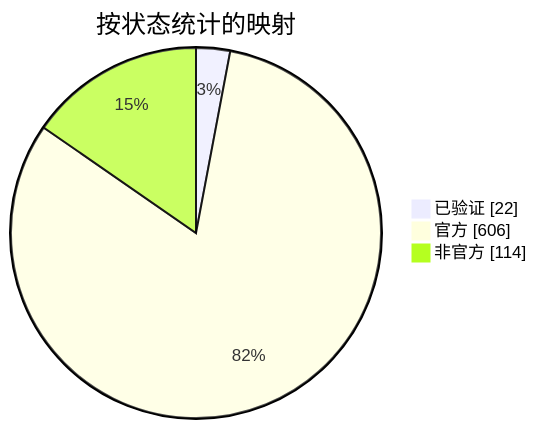
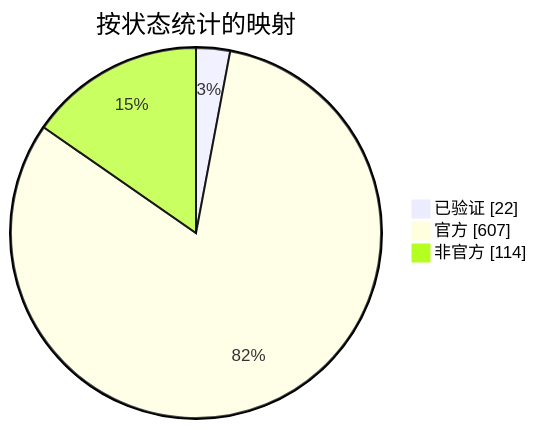
The diagram in docs/readme/README_ZHS.md (nobrega8/mbmap-library), drawn with Mermaid before and after one commit. The commit also changed 6 other files, not shown here.

Commit message:
Add the Sistemas Industriales MI-430 and EM-530 flow meter map (closes #504) (#545)

````diff
--- a/docs/readme/README_ZHS.md
+++ b/docs/readme/README_ZHS.md
@@ -54,7 +54,7 @@
 ```mermaid
 pie showData
     title 按状态统计的映射
     "已验证" : 22
-    "官方" : 606
+    "官方" : 607
     "非官方" : 114
 ```
````
